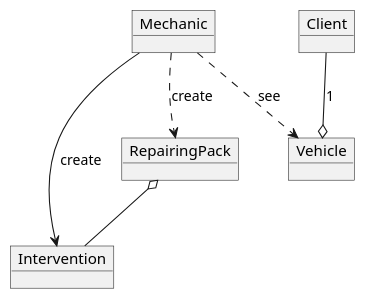
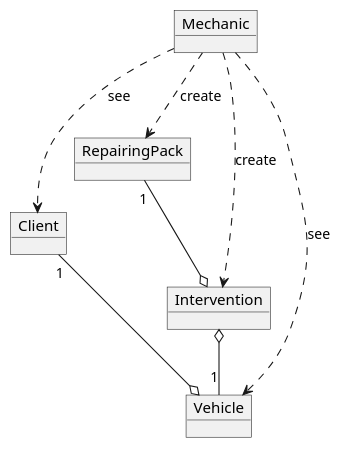
Before and after one commit to Ruskab/agrimManager: the diagram in documentation/domain_model/puml/domainModel.puml, drawn with PlantUML. The commit also changed 1 other file, not shown here.

```diff
--- a/documentation/domain_model/puml/domainModel.puml
+++ b/documentation/domain_model/puml/domainModel.puml
@@ -1,13 +1,15 @@
 @startuml
 object Mechanic
 object Intervention
 object Client
 object Vehicle
 object RepairingPack
 
-Mechanic --> Intervention : create
+Mechanic ..> Intervention : create
 Mechanic ..> RepairingPack : create
 Mechanic ..> Vehicle : see
-Client  --o Vehicle : "1"
-RepairingPack o-- Intervention
+Mechanic ..> Client : see
+Client "1" --o Vehicle
+RepairingPack "1" --o Intervention
+Intervention o-- "1" Vehicle
 @enduml
```
